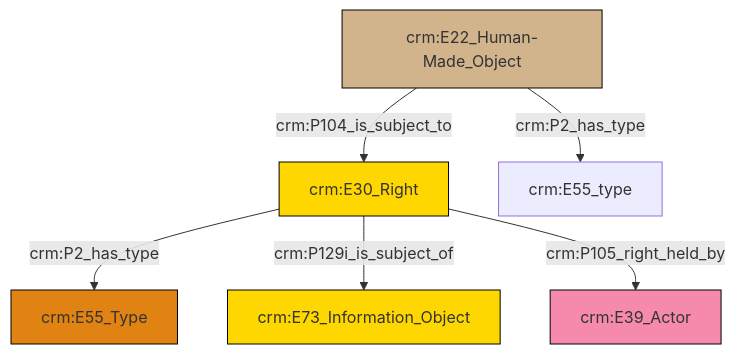
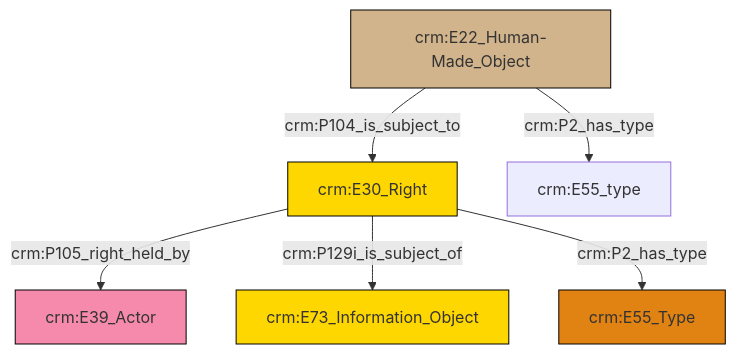
Before and after one commit to swiss-art-research-net/docs.swissartresearch: the diagram in et/builtWorkCSV/ttl/mmd/Built_Work_rights.ttl.mmd, drawn with Mermaid. The commit also changed 177 other files, not shown here.

```diff
--- a/et/builtWorkCSV/ttl/mmd/Built_Work_rights.ttl.mmd
+++ b/et/builtWorkCSV/ttl/mmd/Built_Work_rights.ttl.mmd
@@ -1,20 +1,20 @@
 graph TD
 classDef Literal fill:#f2f2f2,stroke:#000000;
 classDef CRM_Entity fill:#FFFFFF,stroke:#000000;
 classDef Temporal_Entity fill:#00C9E6, stroke:#000000;
 classDef Type fill:#E18312, stroke:#000000;
 classDef Time-Span fill:#2C9C91, stroke:#000000;
 classDef Appellation fill:#FFEB7F, stroke:#000000;
 classDef Place fill:#008836, stroke:#000000;
 classDef Persistent_Item fill:#B266B2, stroke:#000000;
 classDef Conceptual_Object fill:#FFD700, stroke:#000000;
 classDef Physical_Thing fill:#D2B48C, stroke:#000000;
 classDef Actor fill:#f58aad, stroke:#000000;
 classDef PC_Classes fill:#4ce600, stroke:#000000;
 classDef Multi fill:#cccccc,stroke:#000000;
 
-2["crm:E22_Human-Made_Object"]:::Physical_Thing -->|crm:P2_has_type| 4["crm:E55_type"]:::Default
+0["crm:E30_Right"]:::Conceptual_Object -->|crm:P105_right_held_by| 1["crm:E39_Actor"]:::Actor
+0["crm:E30_Right"]:::Conceptual_Object -->|crm:P129i_is_subject_of| 4["crm:E73_Information_Object"]:::Conceptual_Object
+8["crm:E22_Human-Made_Object"]:::Physical_Thing -->|crm:P104_is_subject_to| 0["crm:E30_Right"]:::Conceptual_Object
+8["crm:E22_Human-Made_Object"]:::Physical_Thing -->|crm:P2_has_type| 9["crm:E55_type"]:::Default
 0["crm:E30_Right"]:::Conceptual_Object -->|crm:P2_has_type| 5["crm:E55_Type"]:::Type
-2["crm:E22_Human-Made_Object"]:::Physical_Thing -->|crm:P104_is_subject_to| 0["crm:E30_Right"]:::Conceptual_Object
-0["crm:E30_Right"]:::Conceptual_Object -->|crm:P129i_is_subject_of| 6["crm:E73_Information_Object"]:::Conceptual_Object
-0["crm:E30_Right"]:::Conceptual_Object -->|crm:P105_right_held_by| 10["crm:E39_Actor"]:::Actor
```
